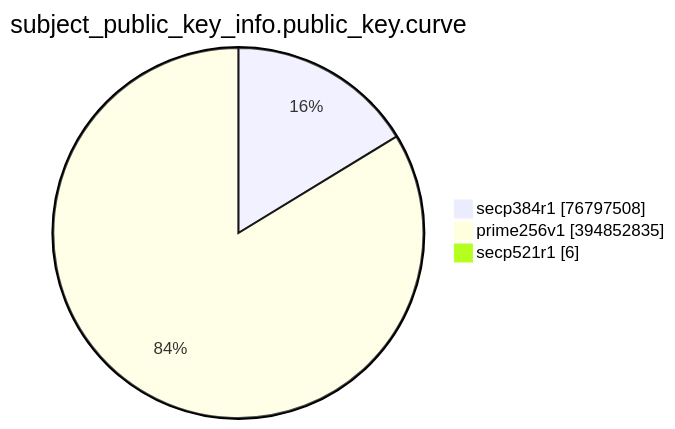
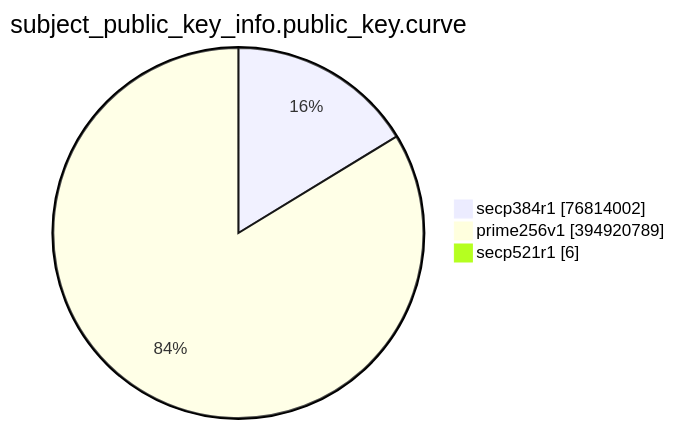
The eighth of 15 diagrams in TOTAL/README.md (christiankrug/ctmonitor_visualization), drawn with Mermaid before and after one commit. The commit also changed other lines of this file, not shown here.

````diff
--- a/TOTAL/README.md
+++ b/TOTAL/README.md
@@ -3094,7 +3094,7 @@
 ```mermaid
 pie showData
 title subject_public_key_info.public_key.curve
-"secp384r1" :76797508
-"prime256v1" :394852835
+"secp384r1" :76814002
+"prime256v1" :394920789
 "secp521r1" :6
 ```
````
